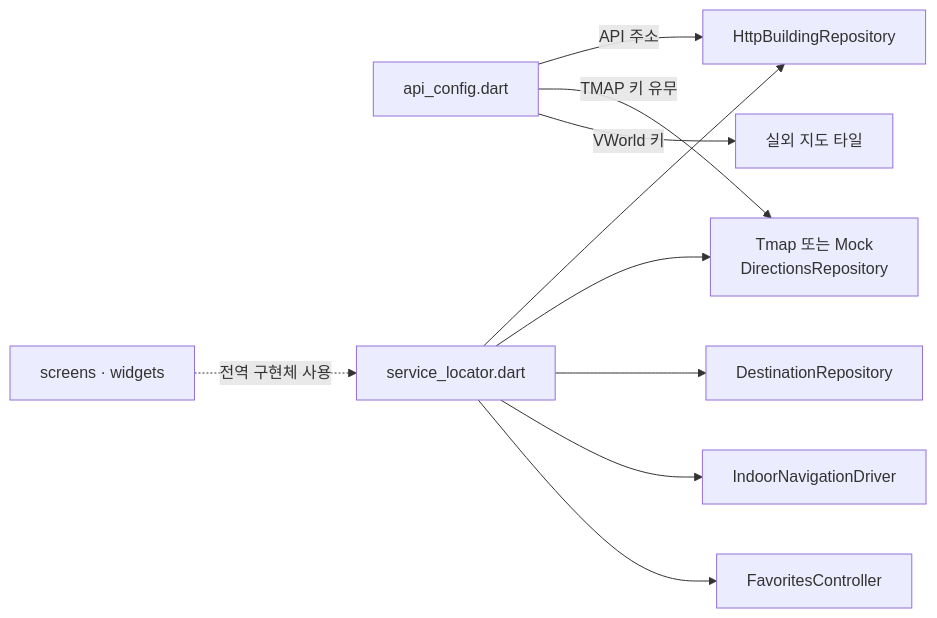
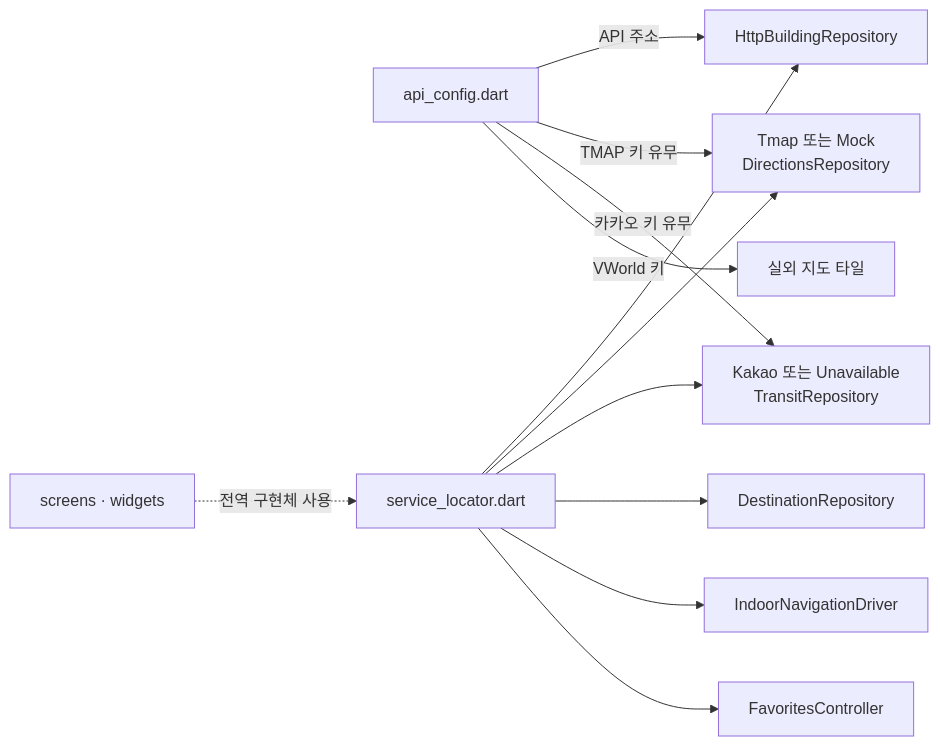
One commit to Routex-labs/Navigation changed the diagram in client/lib/core/README.md. Above: the diagram before and after it, drawn with Mermaid. The commit also changed other lines of this file and 11 other files, not shown here.

````diff
--- a/client/lib/core/README.md
+++ b/client/lib/core/README.md
@@ -34,17 +40,19 @@
 ```mermaid
 flowchart LR
     CONFIG["api_config.dart"]
     LOCATOR["service_locator.dart"]
 
     CONFIG -->|"API 주소"| HTTP["HttpBuildingRepository"]
     CONFIG -->|"TMAP 키 유무"| DIRECTIONS["Tmap 또는 Mock<br/>DirectionsRepository"]
+    CONFIG -->|"카카오 키 유무"| TRANSIT["Kakao 또는 Unavailable<br/>TransitRepository"]
     CONFIG -->|"VWorld 키"| MAP["실외 지도 타일"]
 
     LOCATOR --> HTTP
     LOCATOR --> DIRECTIONS
+    LOCATOR --> TRANSIT
     LOCATOR --> DEST["DestinationRepository"]
     LOCATOR --> PDR["IndoorNavigationDriver"]
     LOCATOR --> STATE["FavoritesController"]
 
     UI["screens · widgets"] -. "전역 구현체 사용" .-> LOCATOR
 ```
````
